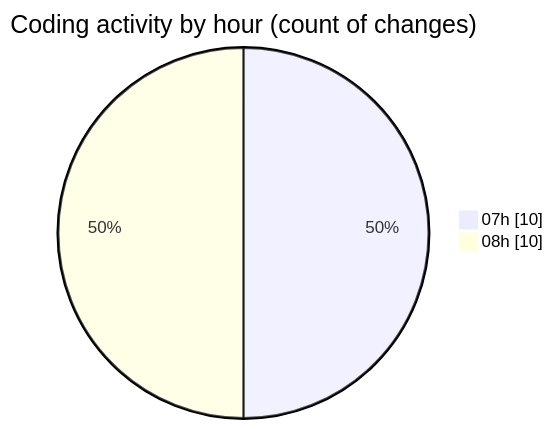
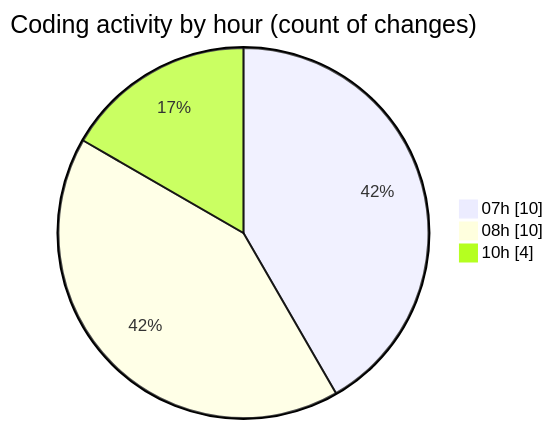
One commit to tmsrecording-cyber/code-tracking changed the second of 2 diagrams in 2026-02-08/singularitybrainai/README.md. Above: the diagram before and after it, drawn with Mermaid. The commit also changed other lines of this file and 1 other file, not shown here.

````diff
--- a/2026-02-08/singularitybrainai/README.md
+++ b/2026-02-08/singularitybrainai/README.md
@@ -32,6 +34,7 @@
 ```mermaid
 pie showData
 title Coding activity by hour (count of changes)
 "07h" : 10
 "08h" : 10
+"10h" : 4
 ```
````
